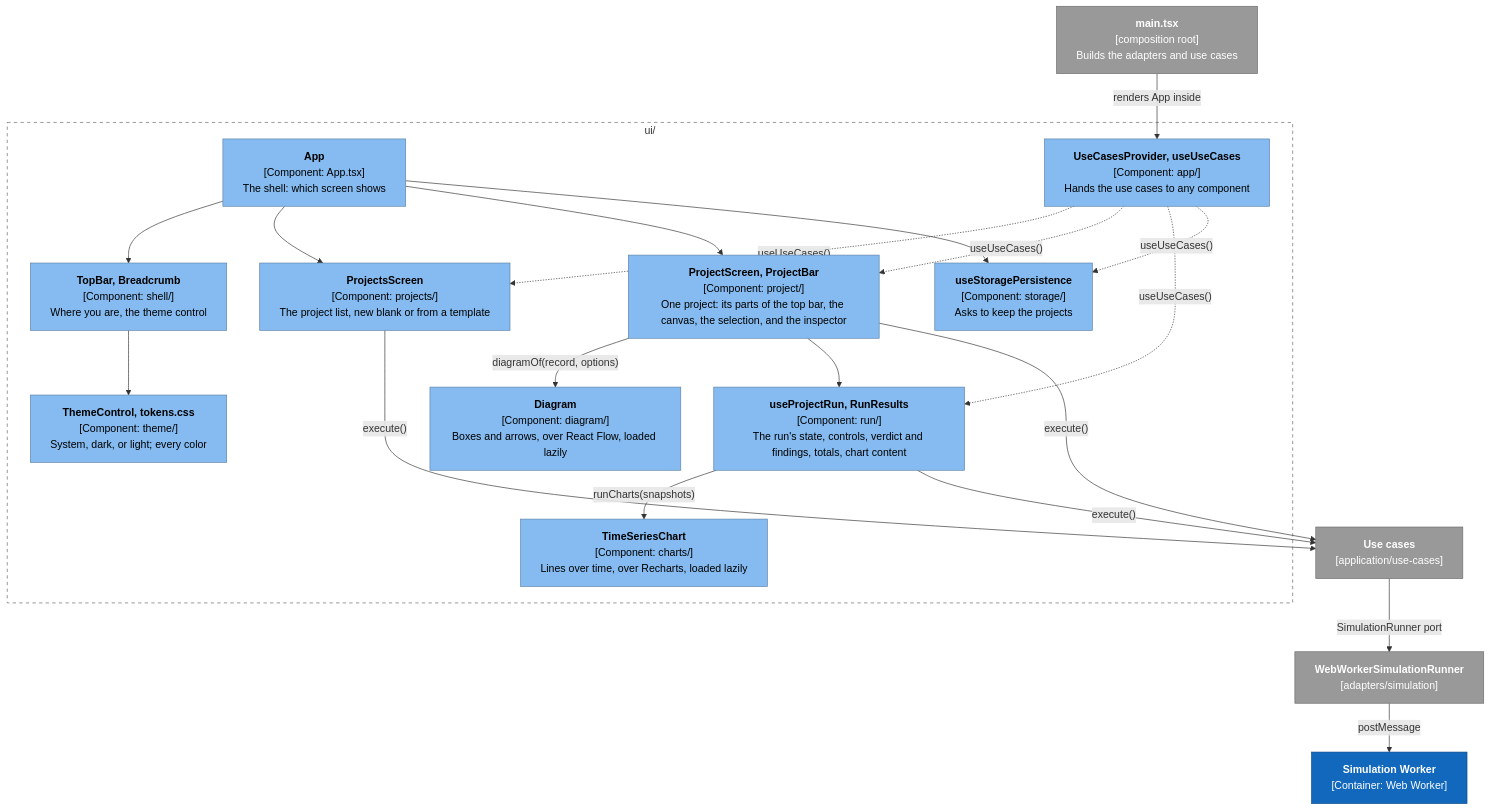
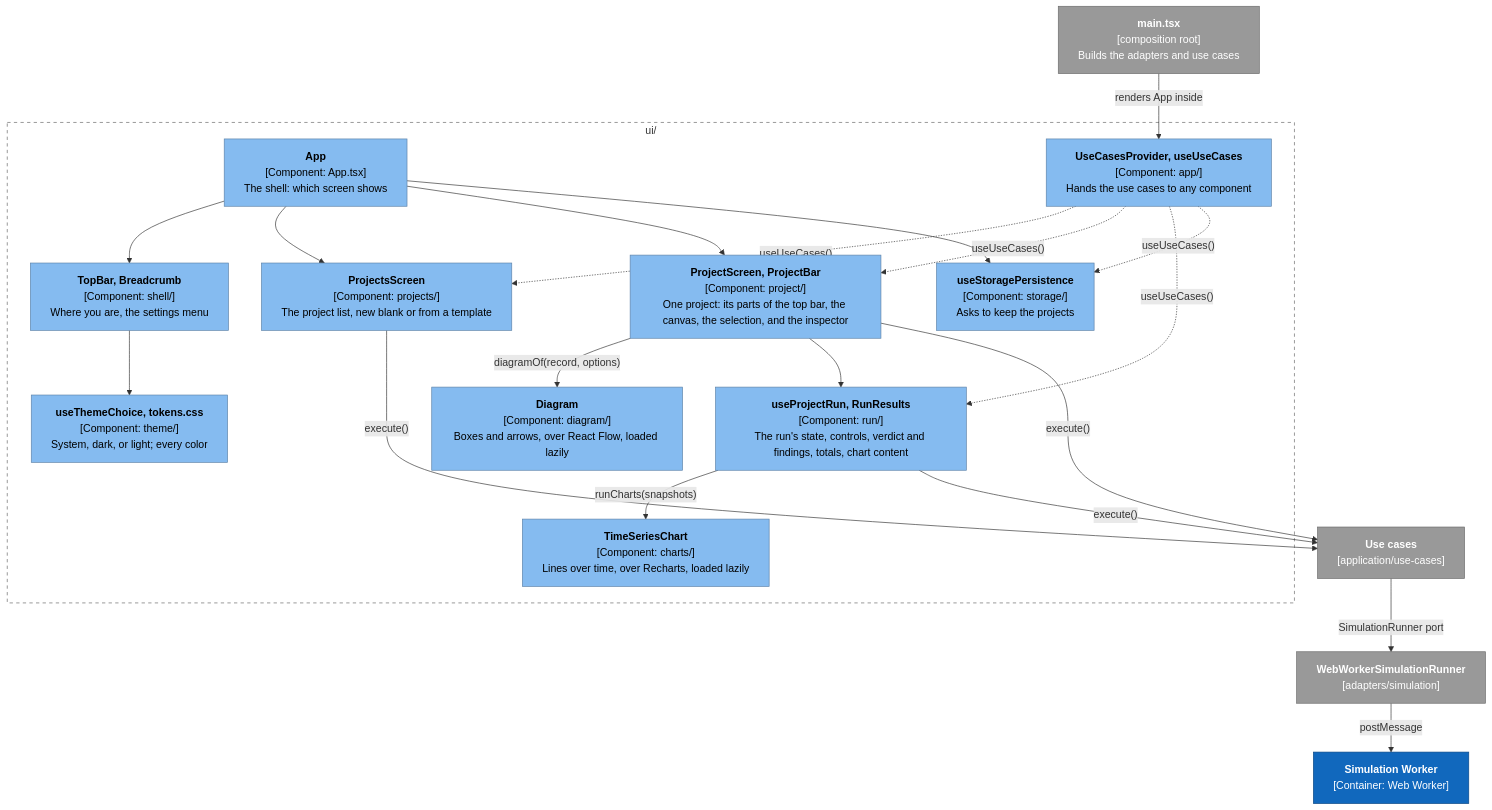
Before and after one commit to alanbickel/wind-tunnel: the first of 3 diagrams in docs/architecture/user-interface.md, drawn with Mermaid. The commit also changed other lines of this file and 17 other files, not shown here.

Commit message:
feat(ui): a settings menu in the top bar for the theme, and a storage strip shown only on a problem (#236)

````diff
--- a/docs/architecture/user-interface.md
+++ b/docs/architecture/user-interface.md
@@ -11,36 +11,36 @@
 ```mermaid
 %%{init: {"flowchart": {"wrappingWidth": 320}}}%%
 flowchart TB
     main["<b>main.tsx</b><br/>[composition root]<br/>Builds the adapters and use cases"]:::external
     subgraph ui["ui/"]
         app["<b>App</b><br/>[Component: App.tsx]<br/>The shell: which screen shows"]:::component
-        shell["<b>TopBar, Breadcrumb</b><br/>[Component: shell/]<br/>Where you are, the theme control"]:::component
+        shell["<b>TopBar, Breadcrumb</b><br/>[Component: shell/]<br/>Where you are, the settings menu"]:::component
         provider["<b>UseCasesProvider, useUseCases</b><br/>[Component: app/]<br/>Hands the use cases to any component"]:::component
         projects["<b>ProjectsScreen</b><br/>[Component: projects/]<br/>The project list, new blank or from a template"]:::component
         project["<b>ProjectScreen, ProjectBar</b><br/>[Component: project/]<br/>One project: its parts of the top bar, the canvas, the selection, and the inspector"]:::component
         run["<b>useProjectRun, RunResults</b><br/>[Component: run/]<br/>The run's state, controls, verdict and findings, totals, chart content"]:::component
         storage["<b>useStoragePersistence</b><br/>[Component: storage/]<br/>Asks to keep the projects"]:::component
-        theme["<b>ThemeControl, tokens.css</b><br/>[Component: theme/]<br/>System, dark, or light; every color"]:::component
+        theme["<b>useThemeChoice, tokens.css</b><br/>[Component: theme/]<br/>System, dark, or light; every color"]:::component
         diagram["<b>Diagram</b><br/>[Component: diagram/]<br/>Boxes and arrows, over React Flow, loaded lazily"]:::component
         charts["<b>TimeSeriesChart</b><br/>[Component: charts/]<br/>Lines over time, over Recharts, loaded lazily"]:::component
     end
     uc["<b>Use cases</b><br/>[application/use-cases]"]:::external
     runner["<b>WebWorkerSimulationRunner</b><br/>[adapters/simulation]"]:::external
     worker["<b>Simulation Worker</b><br/>[Container: Web Worker]"]:::system
     main -->|"renders App inside"| provider
     provider -.->|"useUseCases()"| projects & project & run & storage
     app --> shell & projects & project & storage
     shell --> theme
     project -->|"diagramOf(record, options)"| diagram
     project --> run
     run -->|"runCharts(snapshots)"| charts
     projects & project & run -->|"execute()"| uc
     uc -->|"SimulationRunner port"| runner
     runner -->|"postMessage"| worker
     style ui fill:none,stroke:#666,stroke-dasharray:5 5
     classDef person fill:#08427b,stroke:#052e56,color:#fff
     classDef system fill:#1168bd,stroke:#0b4884,color:#fff
     classDef component fill:#85bbf0,stroke:#5d82a8,color:#000
     classDef external fill:#999,stroke:#6b6b6b,color:#fff
     classDef planned fill:#fff,stroke:#1168bd,color:#1168bd,stroke-dasharray:5 5
 ```
````
